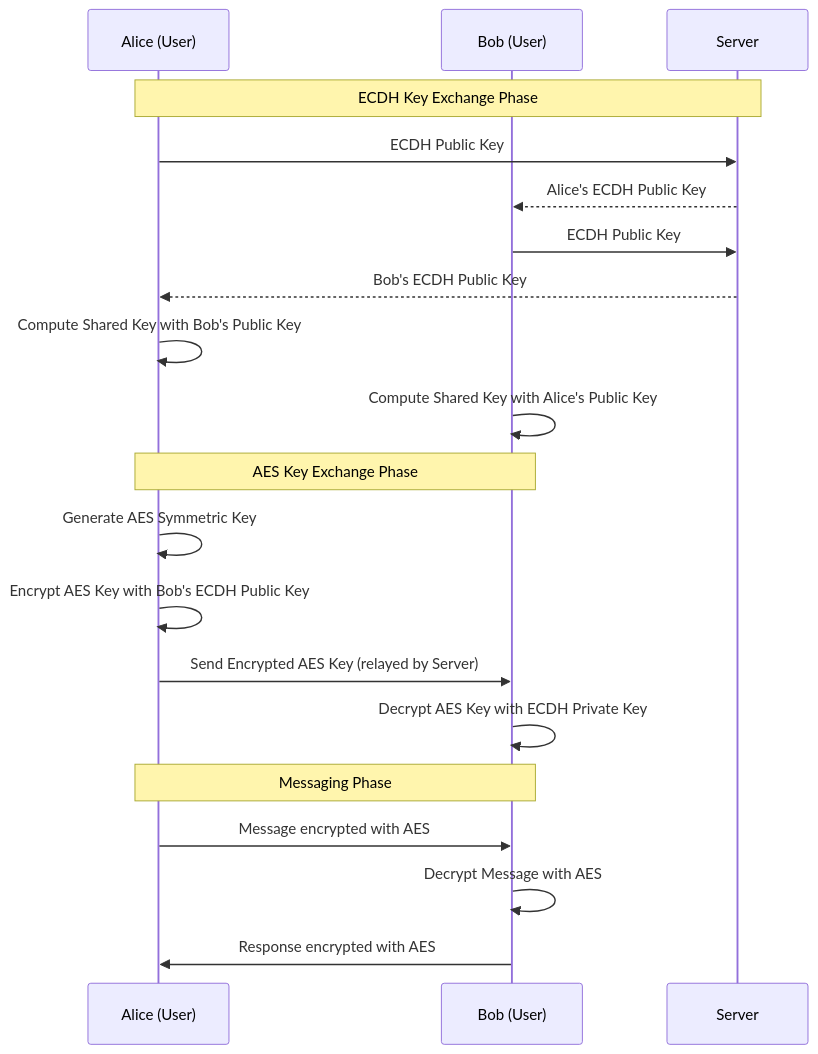
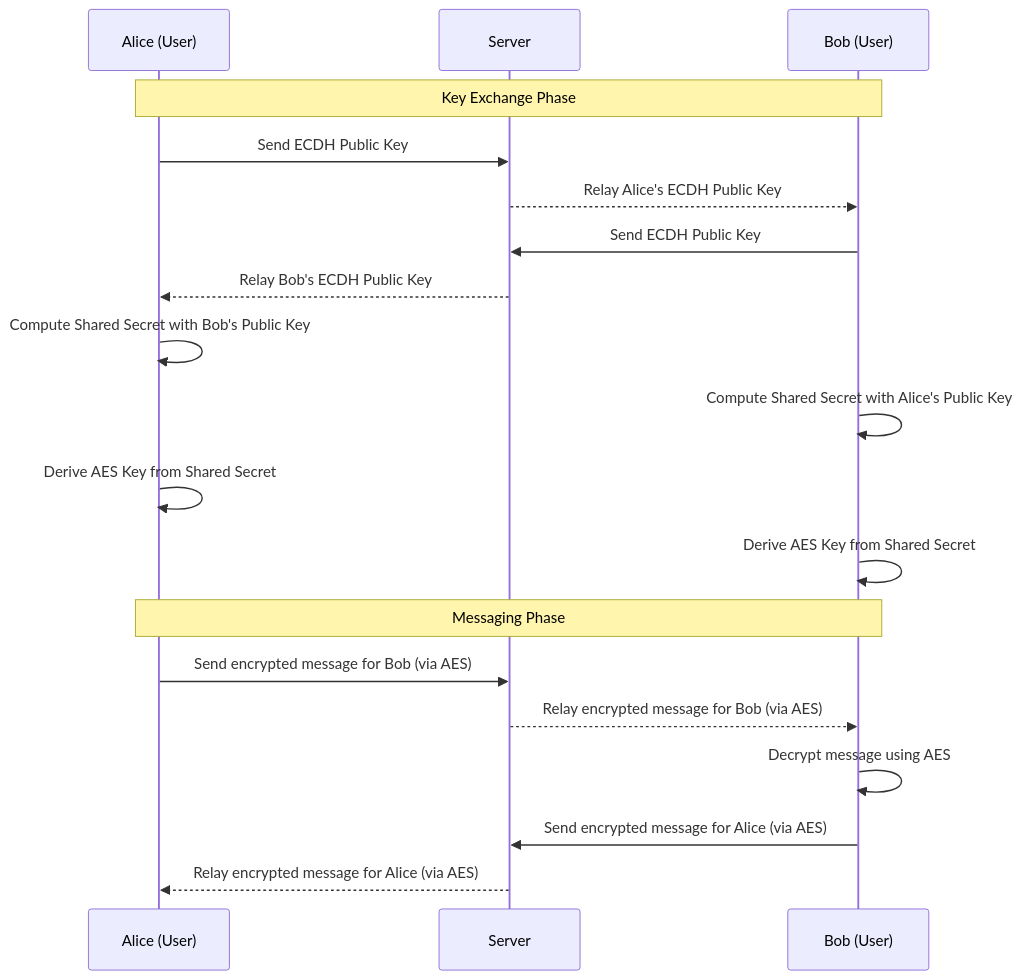
One commit to GuillaumeDorschner/RTU-CryptoChatApp changed the diagram in README.md. Above: the diagram before and after it, drawn with Mermaid. The commit also changed other lines of this file and 1 other file, not shown here.

Commit message:
improve documentation readme & design system

````diff
--- a/README.md
+++ b/README.md
@@ -48,25 +54,24 @@
 ```mermaid
 sequenceDiagram
     participant A as Alice (User)
+    participant S as Server
     participant B as Bob (User)
-    participant S as Server
 
-    Note over A,S: ECDH Key Exchange Phase
-        A->>S: ECDH Public Key
-        S-->>B: Alice's ECDH Public Key
-        B->>S: ECDH Public Key
-        S-->>A: Bob's ECDH Public Key
-        A->>A: Compute Shared Key with Bob's Public Key
-        B->>B: Compute Shared Key with Alice's Public Key
-
-    Note over A,B: AES Key Exchange Phase
-        A->>A: Generate AES Symmetric Key
-        A->>A: Encrypt AES Key with Bob's ECDH Public Key
-        A->>B: Send Encrypted AES Key (relayed by Server)
-        B->>B: Decrypt AES Key with ECDH Private Key
+    Note over A,B: Key Exchange Phase
+    A->>S: Send ECDH Public Key
+    S-->>B: Relay Alice's ECDH Public Key
+    B->>S: Send ECDH Public Key
+    S-->>A: Relay Bob's ECDH Public Key
+    A->>A: Compute Shared Secret with Bob's Public Key
+    B->>B: Compute Shared Secret with Alice's Public Key
+    A->>A: Derive AES Key from Shared Secret
+    B->>B: Derive AES Key from Shared Secret
 
     Note over A,B: Messaging Phase
-        A->>B: Message encrypted with AES
-        B->>B: Decrypt Message with AES
-        B->>A: Response encrypted with AES
+    A->>S: Send encrypted message for Bob (via AES)
+    S-->>B: Relay encrypted message for Bob (via AES)
+    B->>B: Decrypt message using AES
+    B->>S: Send encrypted message for Alice (via AES)
+    S-->>A: Relay encrypted message for Alice (via AES)
+
 ```
````
